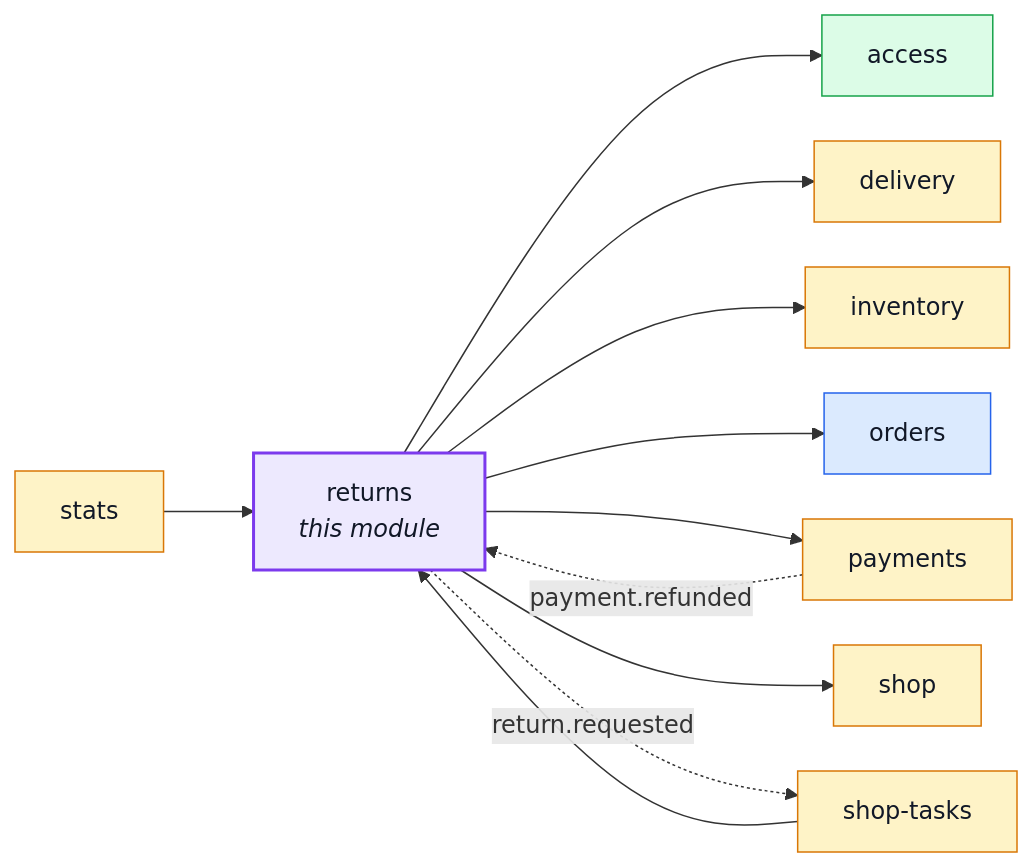
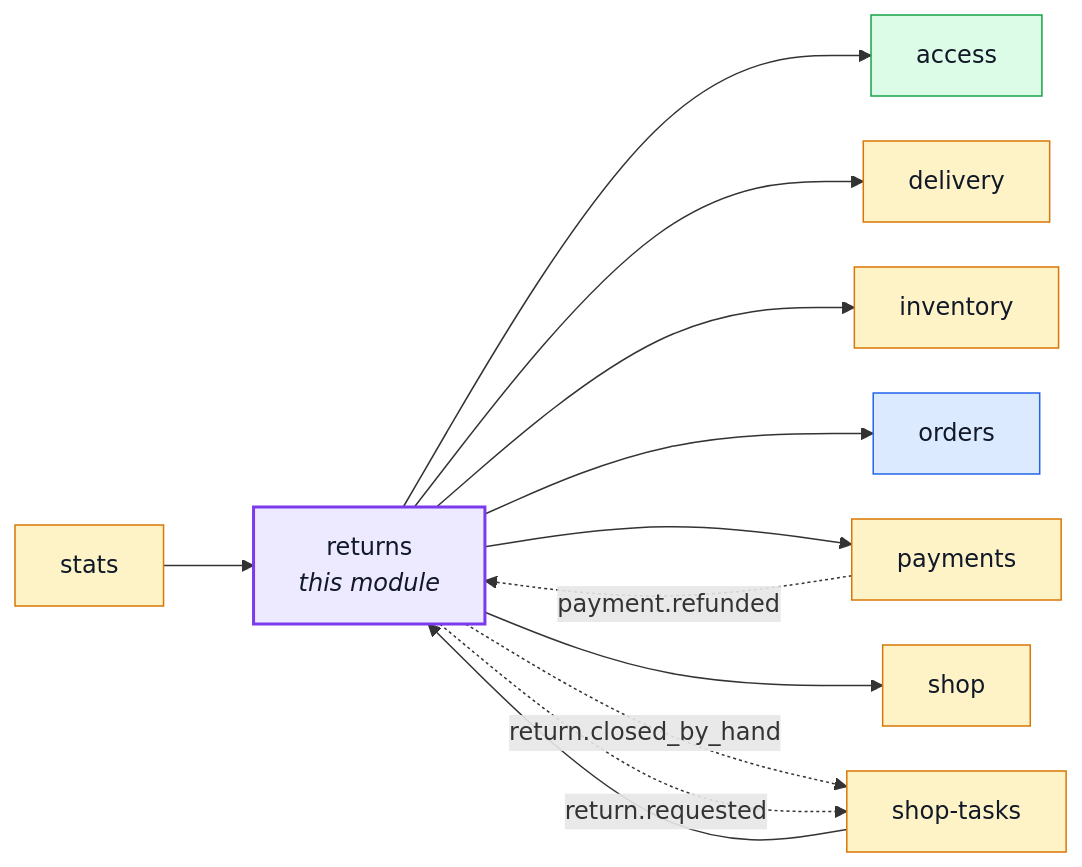
One commit to Guebbit/boilerplate-node-backend changed the first of 2 diagrams in docs/modules/returns.md. Above: the diagram before and after it, drawn with Mermaid. The commit also changed other lines of this file and 28 other files, not shown here.

First line of the commit message:
feat(returns): leave a return open and tell staff when its refund came up short

````diff
--- a/docs/modules/returns.md
+++ b/docs/modules/returns.md
@@ -30,33 +30,34 @@
 ```mermaid
 %%{init: {'flowchart': {'nodeSpacing': 30, 'rankSpacing': 60}}}%%
 flowchart LR
     returns["returns<br/><i>this module</i>"]
     access["access"]
     delivery["delivery"]
     inventory["inventory"]
     orders["orders"]
     payments["payments"]
     shop["shop"]
     shop_tasks["shop-tasks"]
     stats["stats"]
 
     shop_tasks --> returns
     stats --> returns
     returns --> access
     returns --> delivery
     returns --> inventory
     returns --> orders
     returns --> payments
     returns --> shop
     payments -. "payment.refunded" .-> returns
+    returns -. "return.closed_by_hand" .-> shop_tasks
     returns -. "return.requested" .-> shop_tasks
 
     classDef core fill:#dbeafe,stroke:#2563eb,color:#111827;
     classDef supporting fill:#fef3c7,stroke:#d97706,color:#111827;
     classDef generic fill:#dcfce7,stroke:#16a34a,color:#111827;
     classDef centre fill:#ede9fe,stroke:#7c3aed,stroke-width:2px,color:#111827;
     class orders core;
     class delivery,inventory,payments,shop,shop_tasks,stats supporting;
     class access generic;
     class returns centre;
 ```
````
